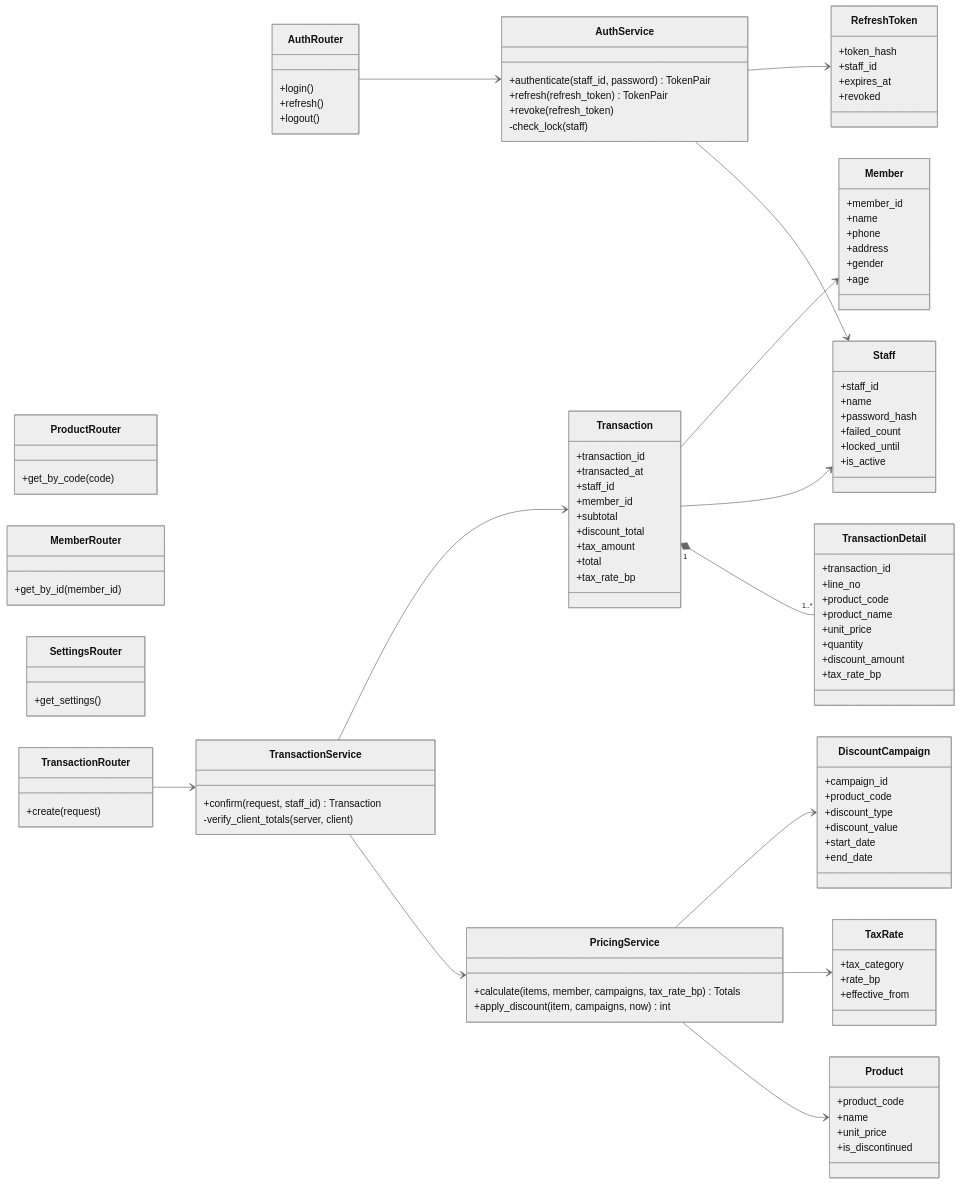
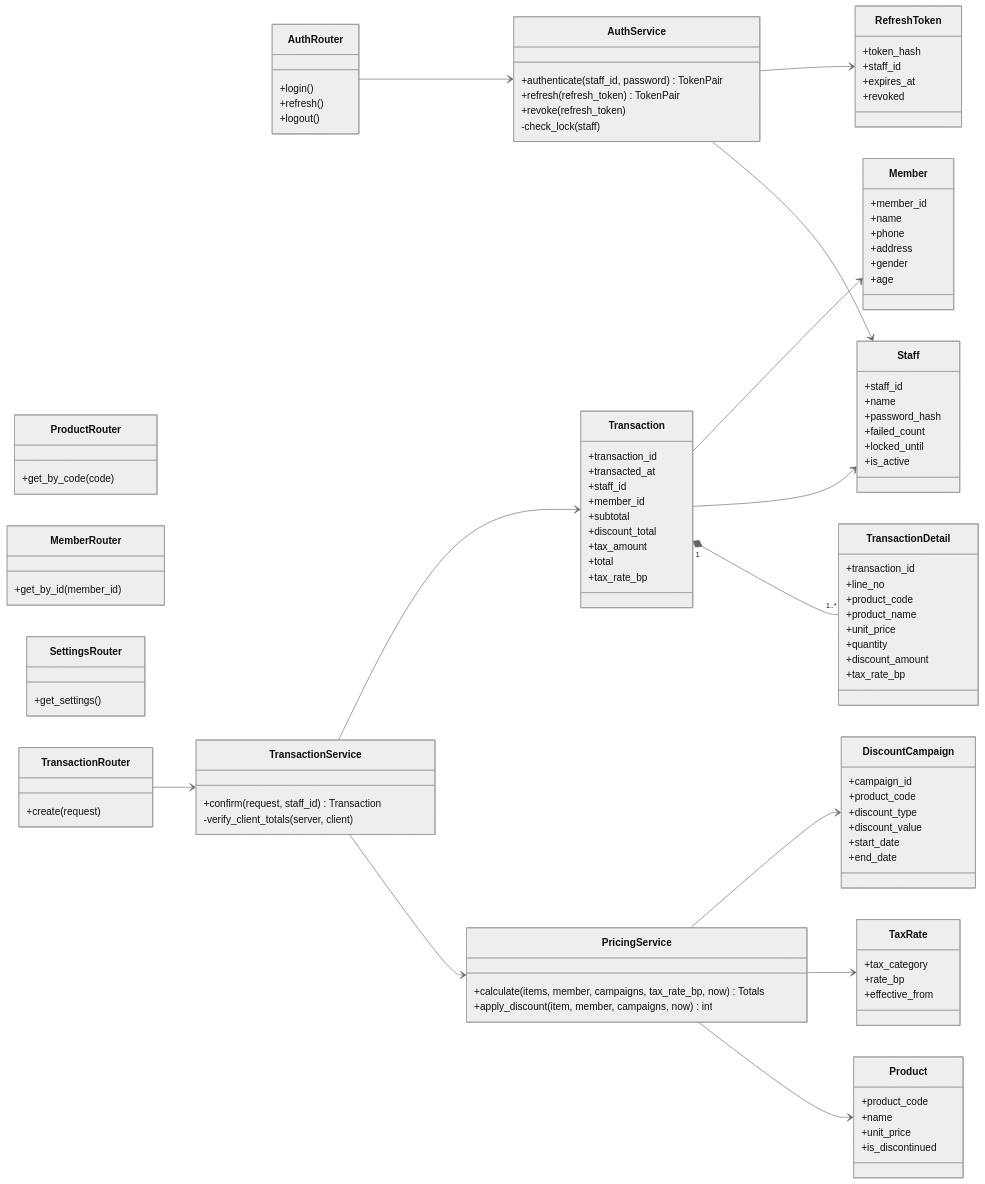
One commit to ogusapjp-sketch/Tech0_step4-1 changed the sixth of 8 diagrams in design.md. Above: the diagram before and after it, drawn with Mermaid (neutral theme). The commit also changed other lines of this file and 5 other files, not shown here.

```diff
--- a/design.md
+++ b/design.md
@@ -322,8 +324,8 @@
         -check_lock(staff)
     }
     class PricingService {
-        +calculate(items, member, campaigns, tax_rate_bp) Totals
-        +apply_discount(item, campaigns, now) int
+        +calculate(items, member, campaigns, tax_rate_bp, now) Totals
+        +apply_discount(item, member, campaigns, now) int
     }
     class TransactionService {
         +confirm(request, staff_id) Transaction
```
